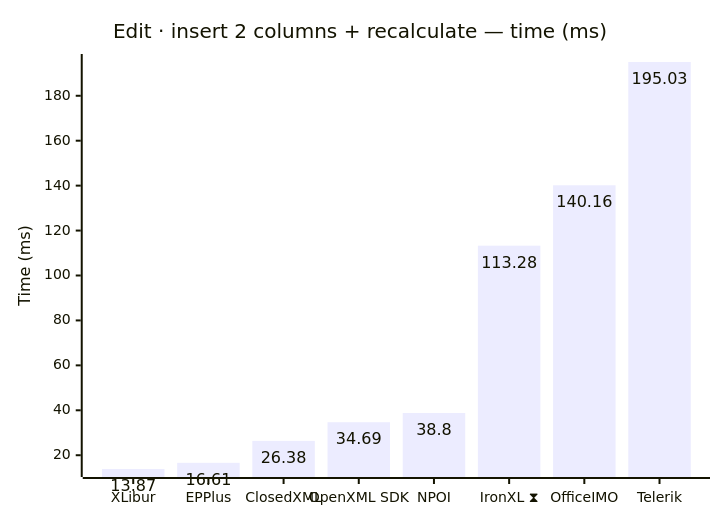
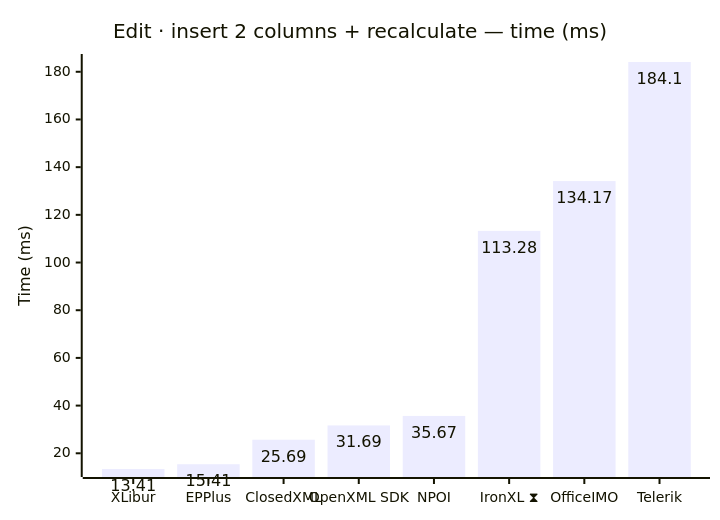
Diagram 11 of 12 in docs/results.md (jafin/XLBench), drawn with Mermaid before and after one commit. The commit also changed other lines of this file and 5 other files, not shown here.

````diff
--- a/docs/results.md
+++ b/docs/results.md
@@ -172,12 +172,12 @@
 ```mermaid
 ---
 config:
   xyChart:
     showDataLabel: true
 ---
 xychart-beta
     title "Edit · insert 2 columns + recalculate — time (ms)"
     x-axis ["XLibur", "EPPlus", "ClosedXML", "OpenXML SDK", "NPOI", "IronXL ⧗", "OfficeIMO", "Telerik"]
     y-axis "Time (ms)"
-    bar [13.87, 16.61, 26.38, 34.69, 38.8, 113.28, 140.16, 195.03]
+    bar [13.41, 15.41, 25.69, 31.69, 35.67, 113.28, 134.17, 184.1]
 ```
````
